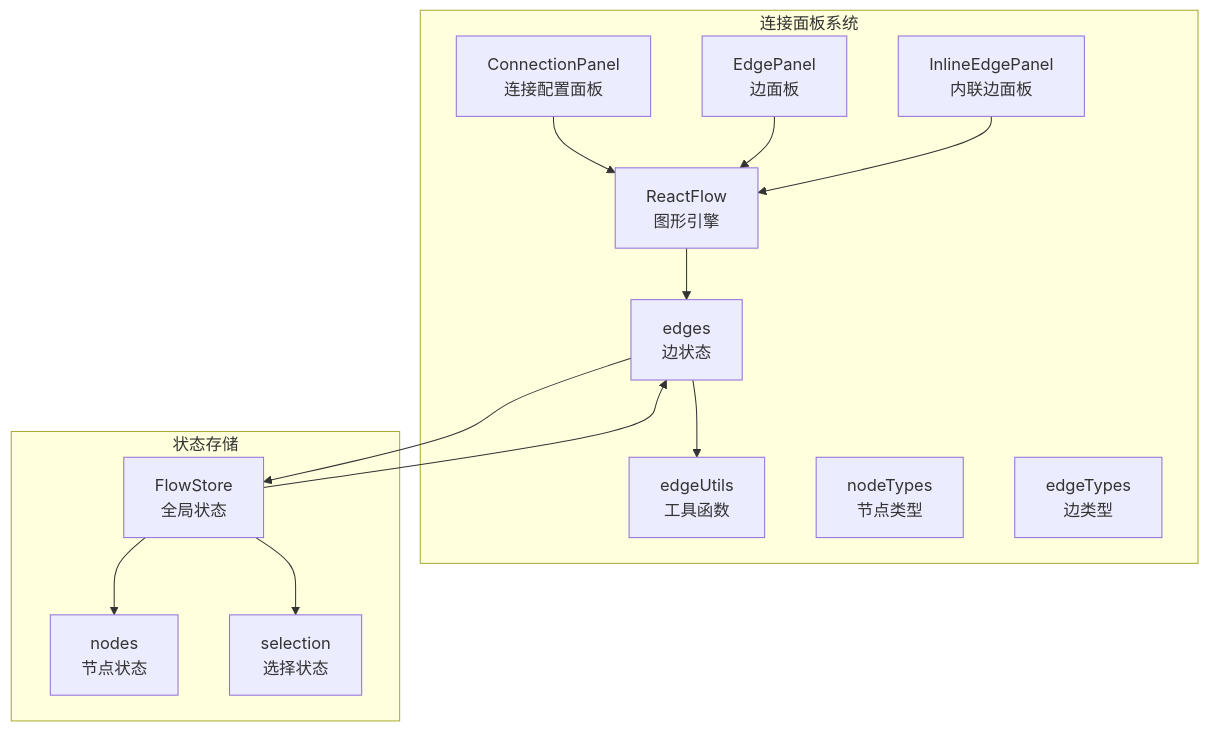
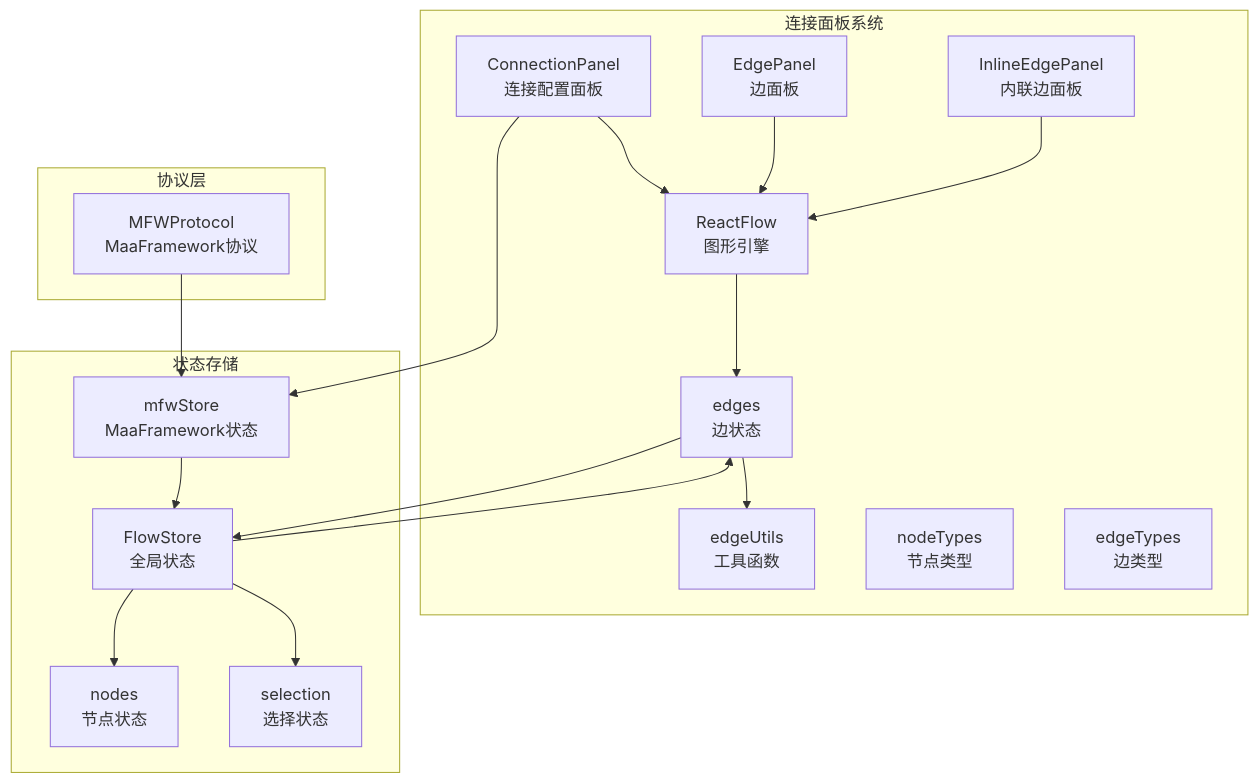
The first of 8 diagrams in .qoder/repowiki/zh/content/用户界面/面板系统/连接面板.md (kqcoxn/MaaPipelineEditor), drawn with Mermaid before and after one commit. The commit also changed other lines of this file and 17 other files, not shown here.

````diff
--- a/.qoder/repowiki/zh/content/用户界面/面板系统/连接面板.md
+++ b/.qoder/repowiki/zh/content/用户界面/面板系统/连接面板.md
@@ -38,28 +49,35 @@
 ```mermaid
 graph TB
 subgraph "连接面板系统"
 CP[ConnectionPanel<br/>连接配置面板]
 EP[EdgePanel<br/>边面板]
 IEP[InlineEdgePanel<br/>内联边面板]
 RF[ReactFlow<br/>图形引擎]
 ES[EdgeSlice<br/>状态管理]
 EU[edgeUtils<br/>工具函数]
 NT[nodeTypes<br/>节点类型]
 ET[edgeTypes<br/>边类型]
 end
 subgraph "状态存储"
 FS[FlowStore<br/>全局状态]
 NS[nodes<br/>节点状态]
 ES[edges<br/>边状态]
 SS[selection<br/>选择状态]
+MFW[mfwStore<br/>MaaFramework状态]
+end
+subgraph "协议层"
+MFWP[MFWProtocol<br/>MaaFramework协议]
 end
 CP --> RF
 EP --> RF
 IEP --> RF
 RF --> ES
 ES --> EU
 ES --> FS
 FS --> NS
 FS --> ES
 FS --> SS
+CP --> MFW
+MFWP --> MFW
+MFW --> FS
 ```
````
